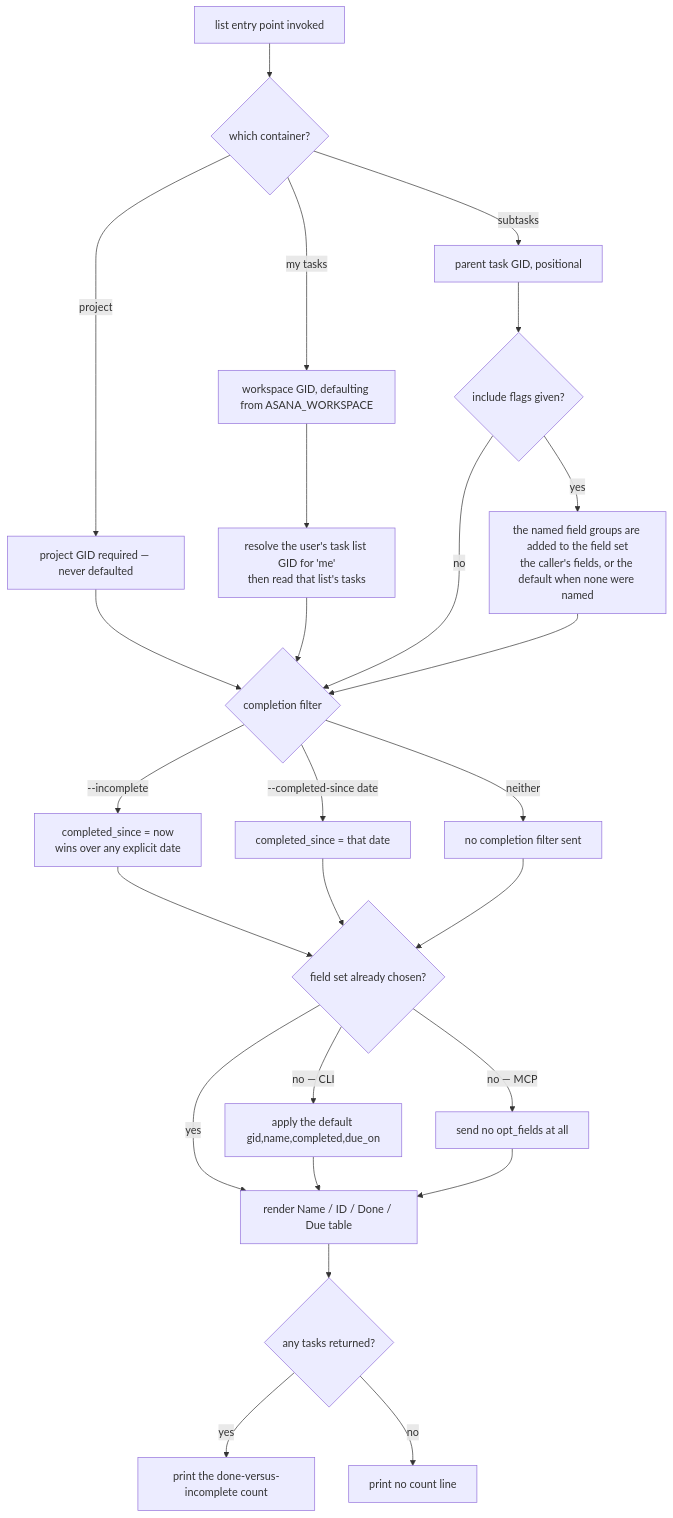
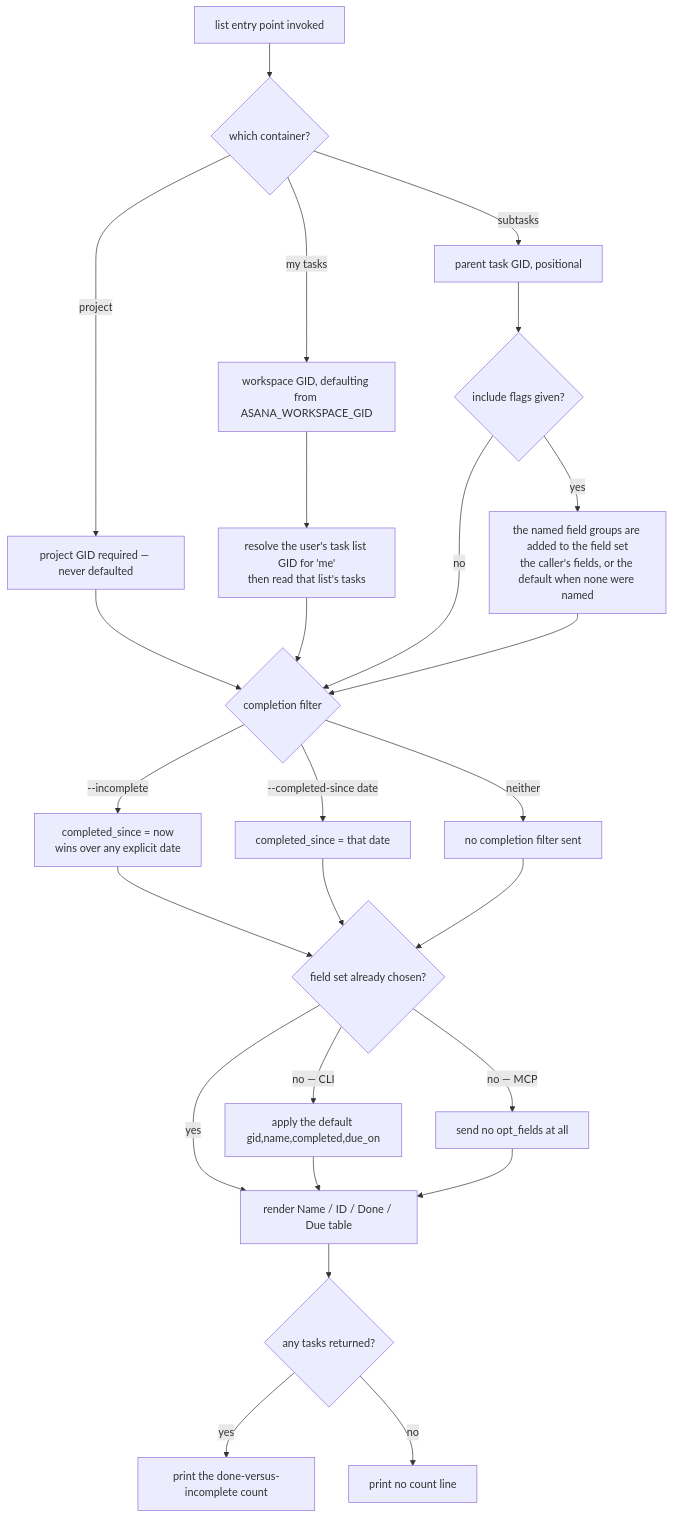
The first of 5 diagrams in packages/cyber-asana/.agents/spec/tasks/README.md (cyberuni/cyber-asana), drawn with Mermaid before and after one commit. The commit also changed other lines of this file and 94 other files, not shown here.

First line of the commit message:
feat!: remove the deprecated ASANA_TOKEN and ASANA_WORKSPACE env vars

````diff
--- a/packages/cyber-asana/.agents/spec/tasks/README.md
+++ b/packages/cyber-asana/.agents/spec/tasks/README.md
@@ -166,28 +166,28 @@
 ```mermaid
 graph TD
   L[list entry point invoked] --> LC{which container?}
   LC -->|project| LCP[project GID required — never defaulted]
-  LC -->|my tasks| LCM[workspace GID, defaulting from ASANA_WORKSPACE]
+  LC -->|my tasks| LCM[workspace GID, defaulting from ASANA_WORKSPACE_GID]
   LC -->|subtasks| LCS[parent task GID, positional]
   LCM --> LCM2[resolve the user's task list GID for 'me'<br/>then read that list's tasks]
   LCP --> LI{completion filter}
   LCS --> LF{include flags given?}
   LCM2 --> LI
   LF -->|yes| LFA[the named field groups are added to the field set<br/>the caller's fields, or the default when none were named]
   LF -->|no| LI
   LFA --> LI
   LI -->|--incomplete| LIN[completed_since = now<br/>wins over any explicit date]
   LI -->|--completed-since date| LID[completed_since = that date]
   LI -->|neither| LIO[no completion filter sent]
   LIN --> LD{field set already chosen?}
   LID --> LD
   LIO --> LD
   LD -->|no — CLI| LDD[apply the default gid,name,completed,due_on]
   LD -->|no — MCP| LDM[send no opt_fields at all]
   LD -->|yes| LR
   LDD --> LR[render Name / ID / Done / Due table]
   LDM --> LR
   LR --> LS{any tasks returned?}
   LS -->|yes| LSY[print the done-versus-incomplete count]
   LS -->|no| LSN[print no count line]
 ```
````
